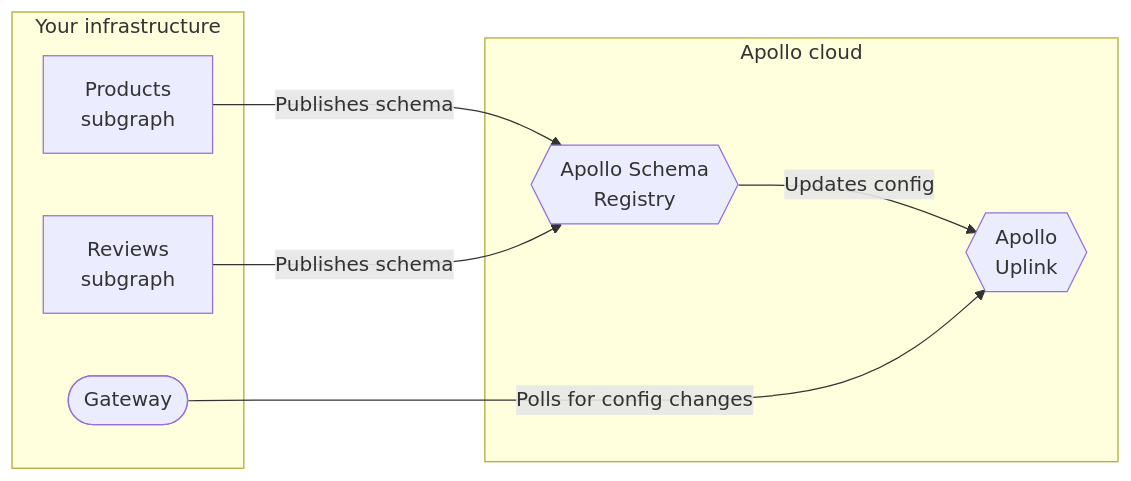
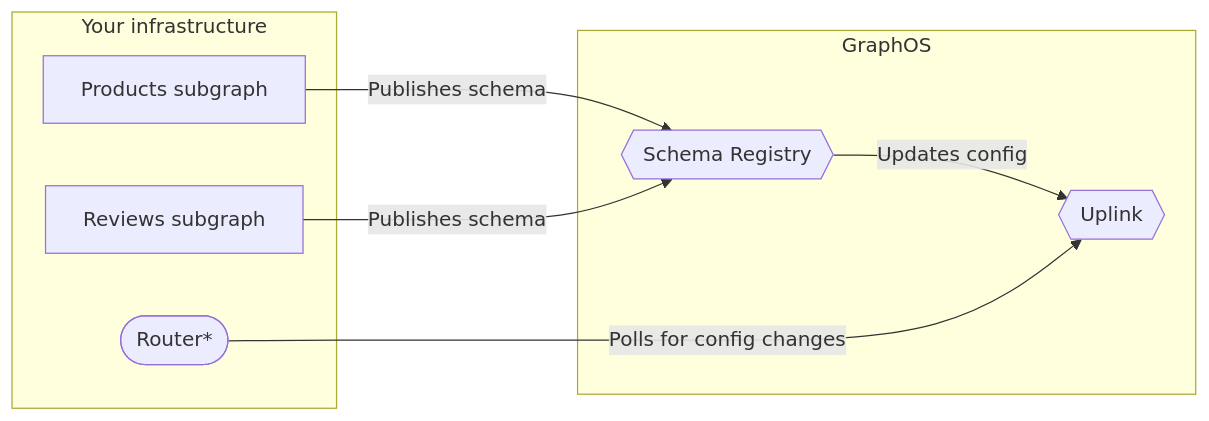
The diagram in docs/source/managed-federation/overview.mdx (apollographql/federation), drawn with Mermaid before and after one commit. The commit also changed other lines of this file and 4 other files, not shown here.

````diff
--- a/docs/source/managed-federation/overview.mdx
+++ b/docs/source/managed-federation/overview.mdx
@@ -11,17 +11,17 @@
 ```mermaid
 graph LR;
   subgraph "Your infrastructure"
-  serviceA[Products<br/>subgraph];
-  serviceB[Reviews<br/>subgraph];
-  gateway([Gateway]);
+  serviceA[Products subgraph];
+  serviceB[Reviews subgraph];
+  router([Router*]);
   end
-  subgraph "Apollo cloud"
-    registry{{Apollo Schema<br/>Registry}};
-    uplink{{Apollo<br/>Uplink}}
+  subgraph "GraphOS"
+    registry{{Schema Registry}};
+    uplink{{Uplink}}
   end
   serviceA & serviceB -->|Publishes schema| registry;
   registry -->|Updates config| uplink;
-  gateway -->|Polls for config changes| uplink;
+  router -->|Polls for config changes| uplink;
   class registry secondary;
   class uplink secondary;
 ```
````
